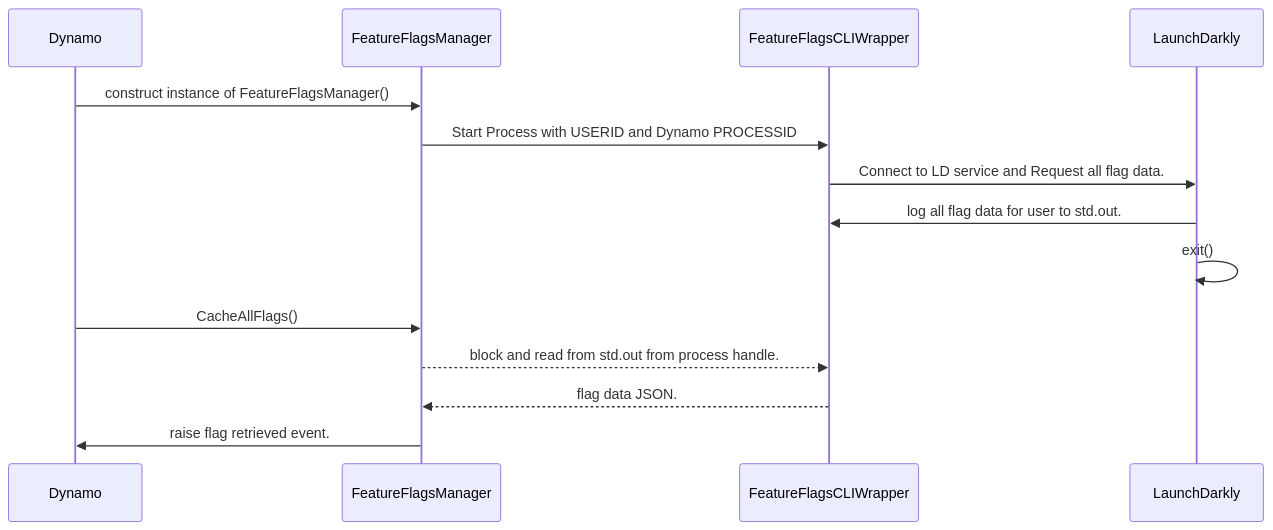
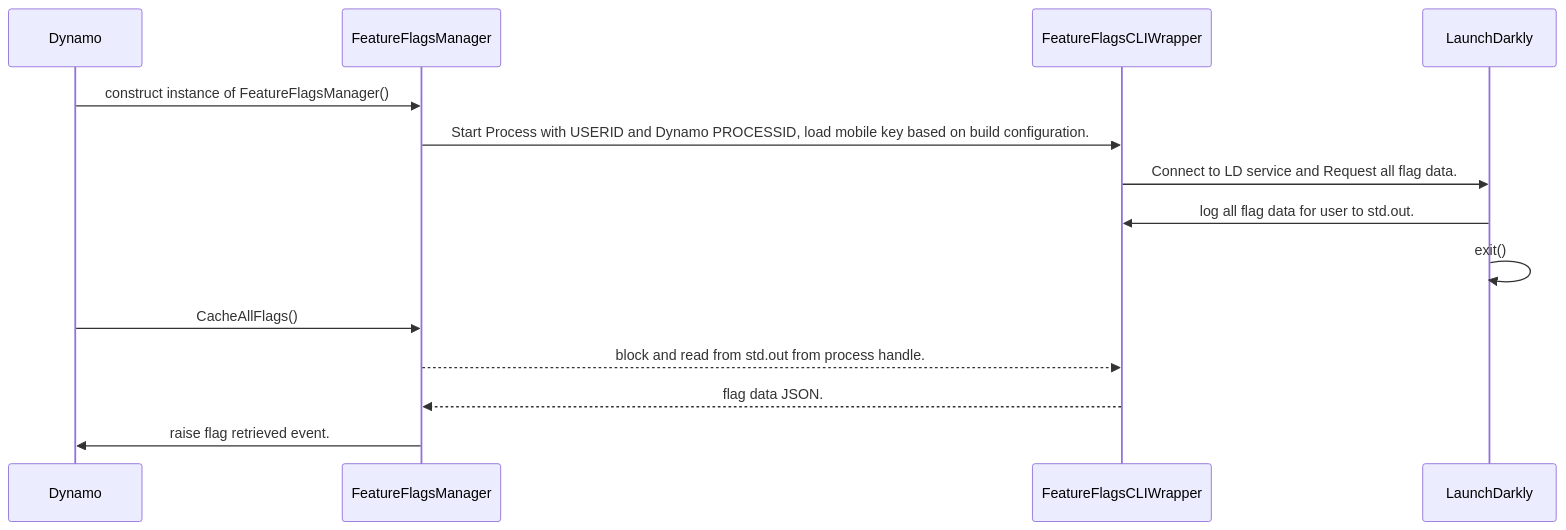
The diagram in src/Tools/DynamoFeatureFlags/readme.md (DynamoDS/Dynamo), drawn with Mermaid before and after one commit. The commit also changed other lines of this file, not shown here.

````diff
--- a/src/Tools/DynamoFeatureFlags/readme.md
+++ b/src/Tools/DynamoFeatureFlags/readme.md
@@ -9,12 +30,12 @@
 ```mermaid
 sequenceDiagram
   Dynamo->> FeatureFlagsManager: construct instance of FeatureFlagsManager()
-  FeatureFlagsManager->>FeatureFlagsCLIWrapper: Start Process with USERID and Dynamo PROCESSID
+  FeatureFlagsManager->>FeatureFlagsCLIWrapper: Start Process with USERID and Dynamo PROCESSID, load mobile key based on build configuration.
   FeatureFlagsCLIWrapper->>LaunchDarkly: Connect to LD service and Request all flag data.
   LaunchDarkly->>FeatureFlagsCLIWrapper: log all flag data for user to std.out.
   LaunchDarkly->>LaunchDarkly:exit()
   Dynamo->>FeatureFlagsManager: CacheAllFlags()
   FeatureFlagsManager-->>FeatureFlagsCLIWrapper: block and read from std.out from process handle.
   FeatureFlagsCLIWrapper-->>FeatureFlagsManager: flag data JSON.
   FeatureFlagsManager->>Dynamo: raise flag retrieved event.
   ```
````
